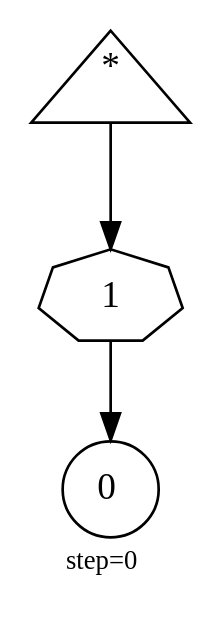
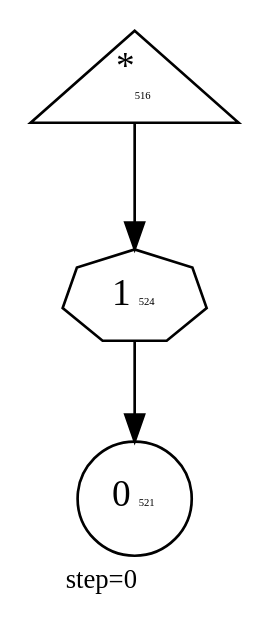
The diagram in ours/101-objects/0086.dot (abarbu/machinations), drawn with Graphviz before and after one commit. The commit also changed 824 other files, not shown here.

```diff
--- a/ours/101-objects/0086.dot
+++ b/ours/101-objects/0086.dot
@@ -1,8 +1,8 @@
 digraph {
   graph  [labelloc=bottom,labeljust=left,fontsize="10",label="step=0"];
-  "516" [shape=triangle,peripheries="1",label=<<SUP>*</SUP>>,labelfontcolor=black,color=black];
-  "521" [shape=circle,peripheries="1",label=<0>,labelfontcolor=black,color=black];
-  "524" [label=<1>,peripheries="1",color=black,shape=septagon];
+  "516" [shape=triangle,peripheries="1",label=<<SUP>*</SUP><FONT POINT-SIZE='4'>516</FONT>>,labelfontcolor=black,color=black];
+  "521" [shape=circle,peripheries="1",label=<0<FONT POINT-SIZE='4'>521</FONT>>,labelfontcolor=black,color=black];
+  "524" [label=<1<FONT POINT-SIZE='4'>524</FONT>>,peripheries="1",color=black,shape=septagon];
   "516" -> "524" [color=black];
   "524" -> "521" [color=black];
 }
```
